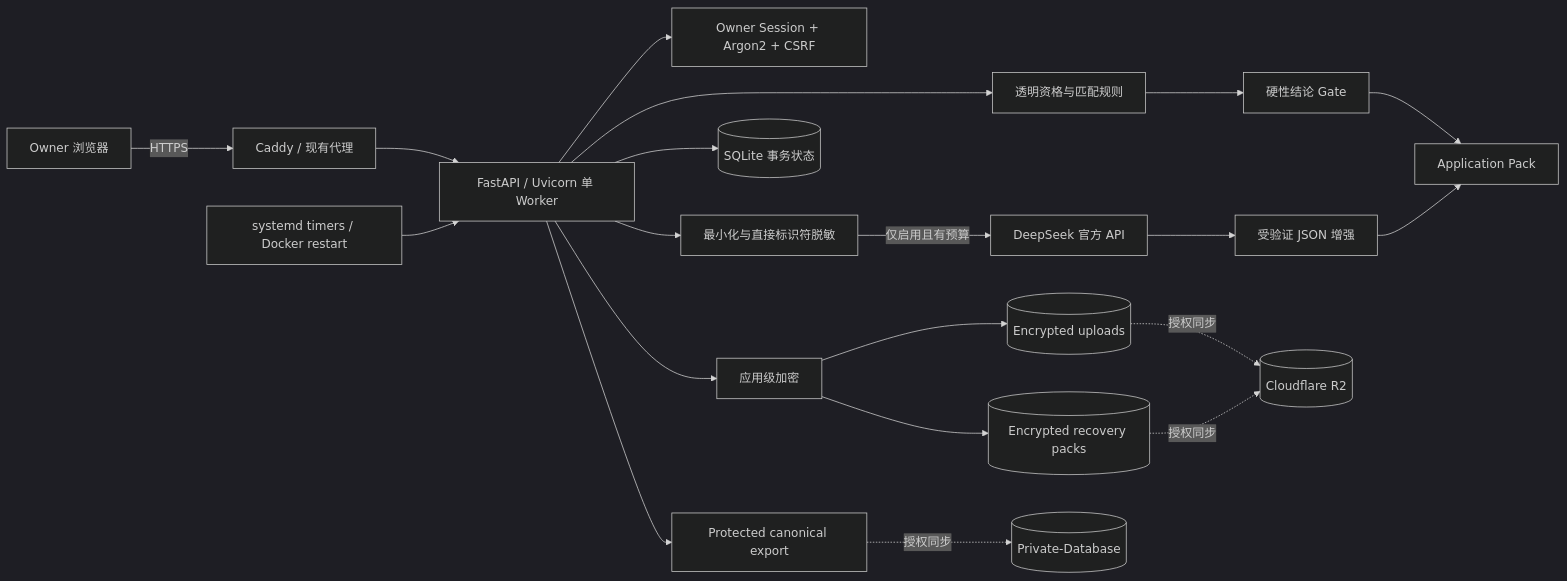
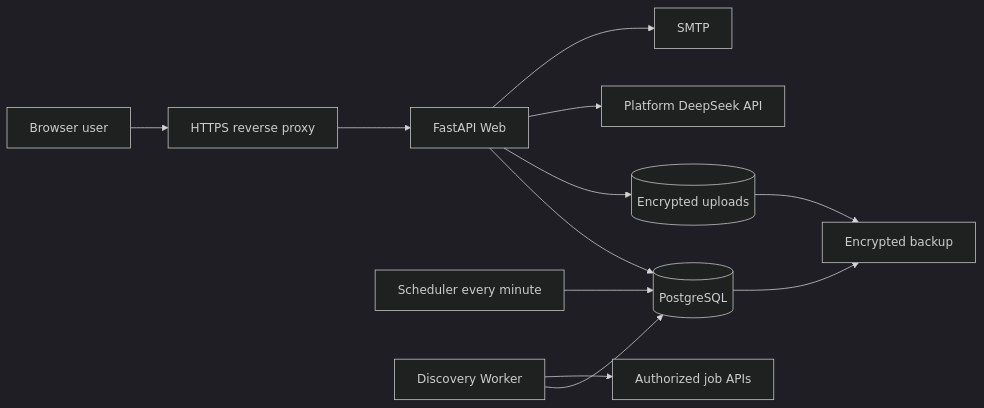
One commit to LinzeColin/MetaDatabase changed the diagram in JobHuntBotOnline/taskpack/ARCHITECTURE.md. Above: the diagram before and after it, drawn with Mermaid (dark theme). The commit also changed other lines of this file and 176 other files, not shown here.

````diff
--- a/JobHuntBotOnline/taskpack/ARCHITECTURE.md
+++ b/JobHuntBotOnline/taskpack/ARCHITECTURE.md
@@ -5,22 +3,14 @@
 ```mermaid
 flowchart LR
-    U[Owner 浏览器] -->|HTTPS| C[Caddy / 现有代理]
-    C --> A[FastAPI / Uvicorn 单 Worker]
-    A --> AUTH[Owner Session + Argon2 + CSRF]
-    A --> RULES[透明资格与匹配规则]
-    RULES --> GATE[硬性结论 Gate]
-    A --> REDACT[最小化与直接标识符脱敏]
-    REDACT -->|仅启用且有预算| DS[DeepSeek 官方 API]
-    DS --> AI[受验证 JSON 增强]
-    GATE --> PACK[Application Pack]
-    AI --> PACK
-    A --> DB[(SQLite 事务状态)]
-    A --> ENC[应用级加密]
-    ENC --> FILES[(Encrypted uploads)]
-    ENC --> BK[(Encrypted recovery packs)]
-    A --> CANON[Protected canonical export]
-    CANON -. 授权同步 .-> PDB[(Private-Database)]
-    FILES -. 授权同步 .-> R2[(Cloudflare R2)]
-    BK -. 授权同步 .-> R2
-    OPS[systemd timers / Docker restart] --> A
+  U[Browser user] --> H[HTTPS reverse proxy]
+  H --> W[FastAPI Web]
+  W --> P[(PostgreSQL)]
+  W --> O[(Encrypted uploads)]
+  S[Scheduler every minute] --> P
+  K[Discovery Worker] --> P
+  K --> A[Authorized job APIs]
+  W --> D[Platform DeepSeek API]
+  W --> M[SMTP]
+  P --> B[Encrypted backup]
+  O --> B
 ```
````
